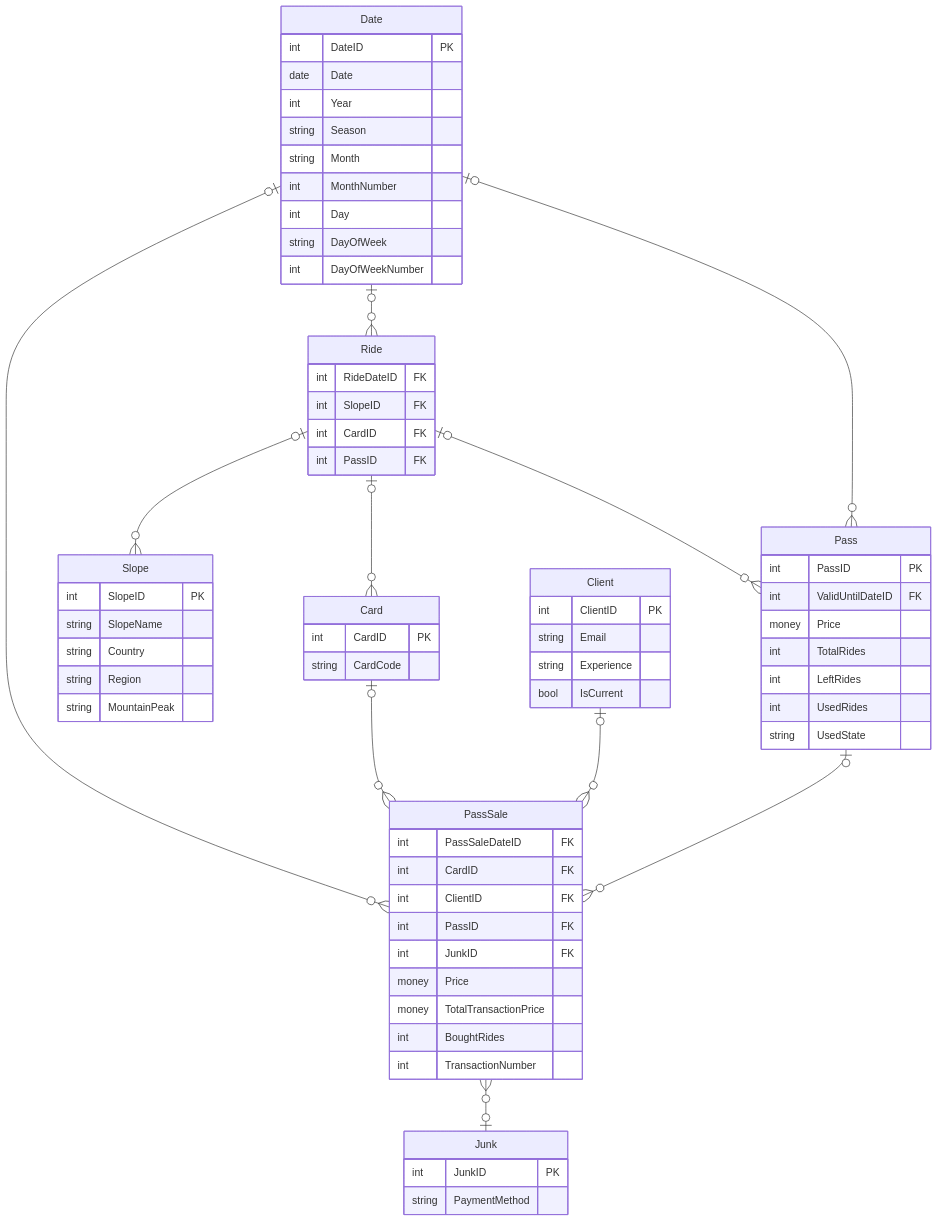
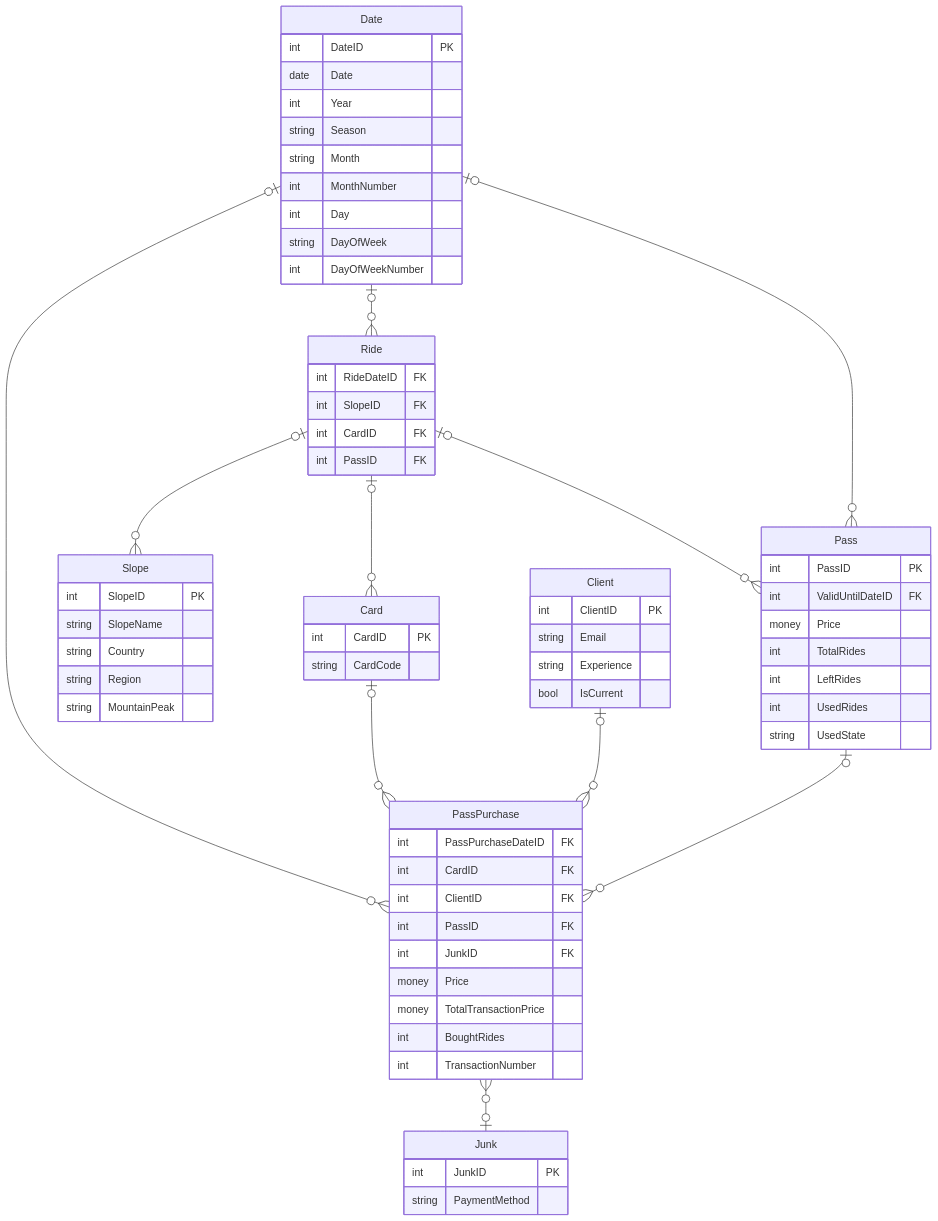
Before and after one commit to Nasus20202/hurtownie-danych: the diagram in docs/data-warehouse-design/schema.mmd, drawn with Mermaid. The commit also changed 3 other files, not shown here.

Commit message:
feat: rename sale to purchase

```diff
--- a/docs/data-warehouse-design/schema.mmd
+++ b/docs/data-warehouse-design/schema.mmd
@@ -1,77 +1,77 @@
 erDiagram
     Date |o--o{ Ride : ""
     Ride |o--o{ Pass : ""
     Ride |o--o{ Slope : ""
     Ride |o--o{ Card : ""
-    Date |o--o{ PassSale : ""
-    Card |o--o{ PassSale : ""
-    Client |o--o{ PassSale : ""
+    Date |o--o{ PassPurchase : ""
+    Card |o--o{ PassPurchase : ""
+    Client |o--o{ PassPurchase : ""
     Date |o--o{ Pass : ""
-    Pass |o--o{ PassSale : ""
-    PassSale }o--o| Junk : ""
+    Pass |o--o{ PassPurchase : ""
+    PassPurchase }o--o| Junk : ""
 
 Client {
     int ClientID PK
     string Email
     string Experience
     bool IsCurrent
 }
 
 Card {
     int CardID PK
     string CardCode
 }
 
 Date {
     int DateID PK
     date Date
     int Year
     string Season
     string Month
     int MonthNumber
     int Day
     string DayOfWeek
     int DayOfWeekNumber
 }
 
 Junk {
     int JunkID PK
     string PaymentMethod
 }
 
 Pass {
     int PassID PK
     int ValidUntilDateID FK
     money Price
     int TotalRides
     int LeftRides
     int UsedRides
     string UsedState
 }
 
-PassSale {
-    int PassSaleDateID FK
+PassPurchase {
+    int PassPurchaseDateID FK
     int CardID FK
     int ClientID FK
     int PassID FK
     int JunkID FK
     money Price
     money TotalTransactionPrice
     int BoughtRides
     int TransactionNumber
 }
 
 Ride {
     int RideDateID FK
     int SlopeID FK
     int CardID FK
     int PassID FK
 }
 
 Slope {
     int SlopeID PK
     string SlopeName
     string Country
     string Region
     string MountainPeak
 }
```
